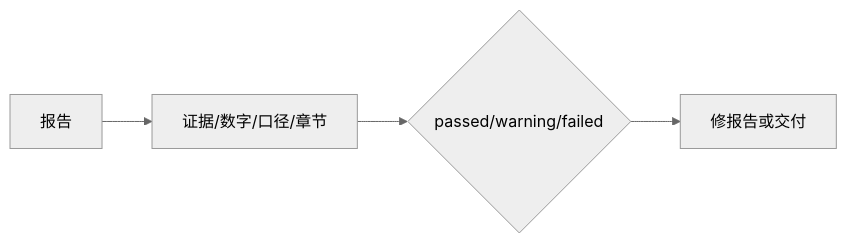
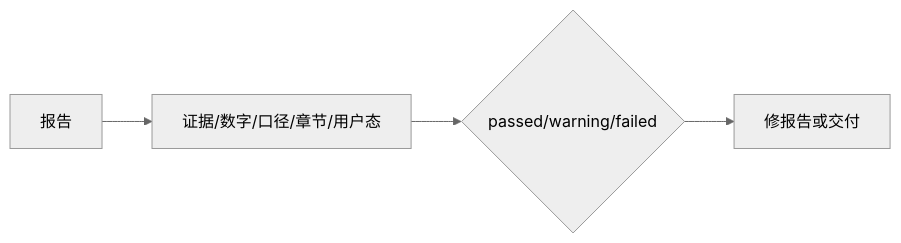
Before and after one commit to dabaige53/RealAnalyst: the diagram in skills/report-verify/README.md, drawn with Mermaid (neutral theme). The commit also changed other lines of this file and 97 other files, not shown here.

````diff
--- a/skills/report-verify/README.md
+++ b/skills/report-verify/README.md
@@ -28,4 +29,4 @@
 ```mermaid
 flowchart LR
-    Report[报告] --> Check[证据/数字/口径/章节] --> Status{passed/warning/failed} --> Fix[修报告或交付]
+    Report[报告] --> Check[证据/数字/口径/章节/用户态] --> Status{passed/warning/failed} --> Fix[修报告或交付]
 ```
````
